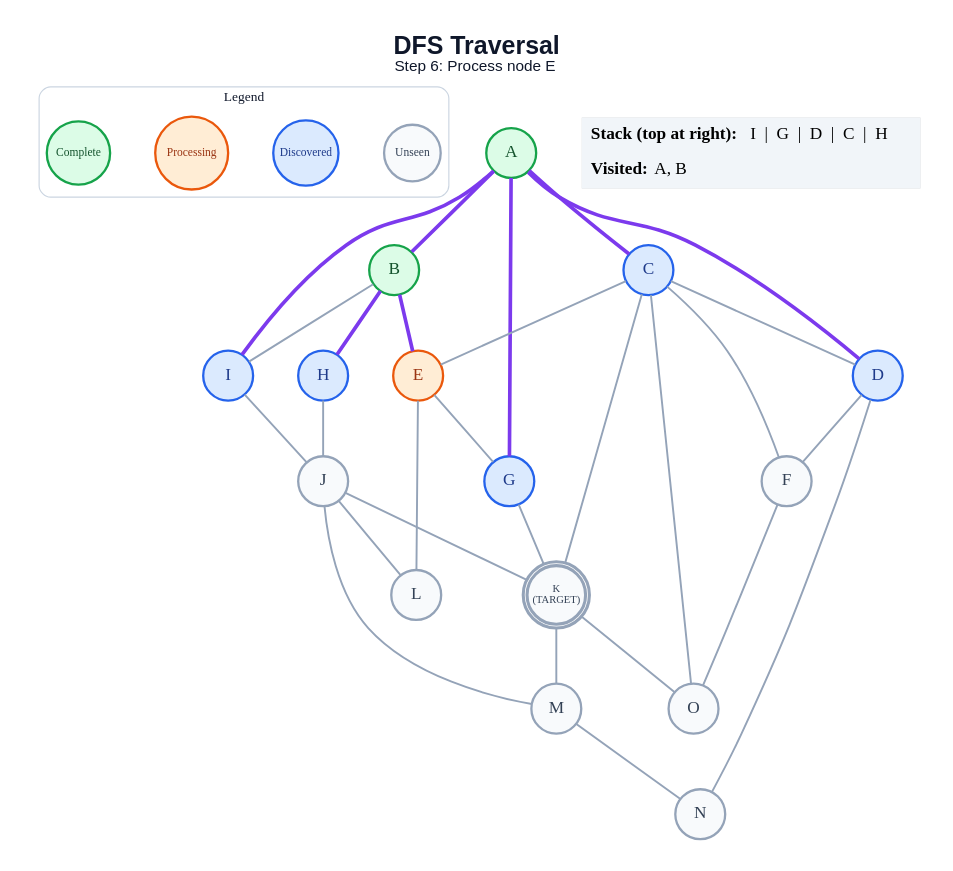
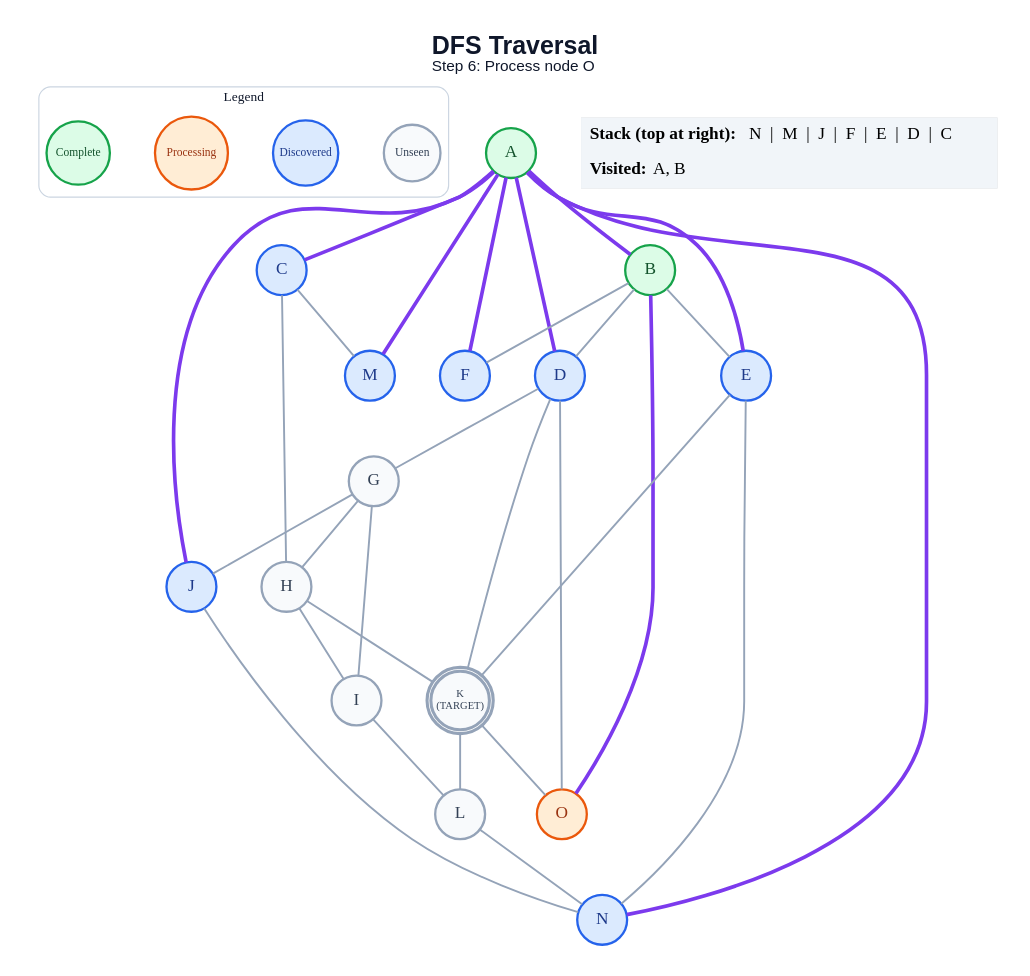
Before and after one commit to anon7238593-create/ai-slop: the diagram in generated/short-circuit/dfs/step_06.dot, drawn with Graphviz. The commit also changed 221 other files, not shown here.

```diff
--- a/generated/short-circuit/dfs/step_06.dot
+++ b/generated/short-circuit/dfs/step_06.dot
@@ -1,61 +1,63 @@
 graph traversal {
   graph [layout=dot, rankdir=TB, bgcolor="#FFFFFF", pad="0.35", nodesep="0.65", ranksep="0.8", fontname="Arial"];
   node [shape=circle, style="filled", fontname="Arial Bold", fontsize=18, width=0.72, fixedsize=true, penwidth=2.4];
   edge [color="#94A3B8", penwidth=2.0];
-  label=<<B>DFS Traversal</B><BR/><FONT POINT-SIZE="16">Step 6: Process node E</FONT>>; labelloc="t"; fontsize=26; fontname="Arial"; fontcolor="#0F172A";
+  label=<<B>DFS Traversal</B><BR/><FONT POINT-SIZE="16">Step 6: Process node O</FONT>>; labelloc="t"; fontsize=26; fontname="Arial"; fontcolor="#0F172A";
   subgraph cluster_legend { label="Legend"; color="#CBD5E1"; penwidth=1.2; style="rounded"; fontsize=14; fontname="Arial Bold";
     key_unseen [label="Unseen", fillcolor="#F8FAFC", color="#94A3B8", fontcolor="#334155", fontsize=12, width=0.82];
     key_frontier [label="Discovered", fillcolor="#DBEAFE", color="#2563EB", fontcolor="#1E3A8A", fontsize=12, width=0.95];
     key_current [label="Processing", fillcolor="#FFEDD5", color="#EA580C", fontcolor="#9A3412", fontsize=12, width=1.05];
     key_done [label="Complete", fillcolor="#DCFCE7", color="#16A34A", fontcolor="#14532D", fontsize=12, width=0.92];
     { rank=same; key_unseen; key_frontier; key_current; key_done; }
   }
   A [label="A", fillcolor="#DCFCE7", color="#16A34A", fontcolor="#14532D", peripheries=1, penwidth=2.4];
   B [label="B", fillcolor="#DCFCE7", color="#16A34A", fontcolor="#14532D", peripheries=1, penwidth=2.4];
   C [label="C", fillcolor="#DBEAFE", color="#2563EB", fontcolor="#1E3A8A", peripheries=1, penwidth=2.4];
   D [label="D", fillcolor="#DBEAFE", color="#2563EB", fontcolor="#1E3A8A", peripheries=1, penwidth=2.4];
-  E [label="E", fillcolor="#FFEDD5", color="#EA580C", fontcolor="#9A3412", peripheries=1, penwidth=2.4];
-  F [label="F", fillcolor="#F8FAFC", color="#94A3B8", fontcolor="#334155", peripheries=1, penwidth=2.4];
-  G [label="G", fillcolor="#DBEAFE", color="#2563EB", fontcolor="#1E3A8A", peripheries=1, penwidth=2.4];
-  H [label="H", fillcolor="#DBEAFE", color="#2563EB", fontcolor="#1E3A8A", peripheries=1, penwidth=2.4];
-  I [label="I", fillcolor="#DBEAFE", color="#2563EB", fontcolor="#1E3A8A", peripheries=1, penwidth=2.4];
-  J [label="J", fillcolor="#F8FAFC", color="#94A3B8", fontcolor="#334155", peripheries=1, penwidth=2.4];
+  E [label="E", fillcolor="#DBEAFE", color="#2563EB", fontcolor="#1E3A8A", peripheries=1, penwidth=2.4];
+  F [label="F", fillcolor="#DBEAFE", color="#2563EB", fontcolor="#1E3A8A", peripheries=1, penwidth=2.4];
+  G [label="G", fillcolor="#F8FAFC", color="#94A3B8", fontcolor="#334155", peripheries=1, penwidth=2.4];
+  H [label="H", fillcolor="#F8FAFC", color="#94A3B8", fontcolor="#334155", peripheries=1, penwidth=2.4];
+  I [label="I", fillcolor="#F8FAFC", color="#94A3B8", fontcolor="#334155", peripheries=1, penwidth=2.4];
+  J [label="J", fillcolor="#DBEAFE", color="#2563EB", fontcolor="#1E3A8A", peripheries=1, penwidth=2.4];
   K [label="K\n(TARGET)", fillcolor="#F8FAFC", color="#94A3B8", fontcolor="#334155", peripheries=2, penwidth=3.2, fontsize=11, width=0.85, height=0.85];
   L [label="L", fillcolor="#F8FAFC", color="#94A3B8", fontcolor="#334155", peripheries=1, penwidth=2.4];
-  M [label="M", fillcolor="#F8FAFC", color="#94A3B8", fontcolor="#334155", peripheries=1, penwidth=2.4];
-  N [label="N", fillcolor="#F8FAFC", color="#94A3B8", fontcolor="#334155", peripheries=1, penwidth=2.4];
-  O [label="O", fillcolor="#F8FAFC", color="#94A3B8", fontcolor="#334155", peripheries=1, penwidth=2.4];
+  M [label="M", fillcolor="#DBEAFE", color="#2563EB", fontcolor="#1E3A8A", peripheries=1, penwidth=2.4];
+  N [label="N", fillcolor="#DBEAFE", color="#2563EB", fontcolor="#1E3A8A", peripheries=1, penwidth=2.4];
+  O [label="O", fillcolor="#FFEDD5", color="#EA580C", fontcolor="#9A3412", peripheries=1, penwidth=2.4];
   A -- B [color="#7C3AED", penwidth=3.8];
   A -- C [color="#7C3AED", penwidth=3.8];
   A -- D [color="#7C3AED", penwidth=3.8];
-  A -- G [color="#7C3AED", penwidth=3.8];
-  A -- I [color="#7C3AED", penwidth=3.8];
-  B -- E [color="#7C3AED", penwidth=3.8];
-  B -- H [color="#7C3AED", penwidth=3.8];
-  B -- I;
-  C -- D;
-  C -- E;
-  C -- F;
-  C -- K;
-  C -- O;
-  D -- F;
-  D -- N;
-  E -- G;
-  E -- L;
-  F -- O;
-  G -- K;
-  H -- J;
-  I -- J;
-  J -- K;
-  J -- L;
-  J -- M;
-  K -- M;
+  A -- E [color="#7C3AED", penwidth=3.8];
+  A -- F [color="#7C3AED", penwidth=3.8];
+  A -- J [color="#7C3AED", penwidth=3.8];
+  A -- M [color="#7C3AED", penwidth=3.8];
+  A -- N [color="#7C3AED", penwidth=3.8];
+  B -- D;
+  B -- E;
+  B -- F;
+  B -- O [color="#7C3AED", penwidth=3.8];
+  C -- H;
+  C -- M;
+  D -- G;
+  D -- K;
+  D -- O;
+  E -- K;
+  E -- N;
+  G -- H;
+  G -- I;
+  G -- J;
+  H -- I;
+  H -- K;
+  I -- L;
+  J -- N;
+  K -- L;
   K -- O;
-  M -- N;
+  L -- N;
   status [shape=plain, fixedsize=false, width=0, height=0, margin=0, label=<
     <TABLE BORDER="0" CELLBORDER="0" CELLPADDING="7" BGCOLOR="#F1F5F9">
-      <TR><TD ALIGN="LEFT"><B>Stack (top at right):</B> I  |  G  |  D  |  C  |  H</TD></TR>
+      <TR><TD ALIGN="LEFT"><B>Stack (top at right):</B> N  |  M  |  J  |  F  |  E  |  D  |  C</TD></TR>
       <TR><TD ALIGN="LEFT"><B>Visited:</B> A, B</TD></TR>
     </TABLE>
   >];
 }
```
